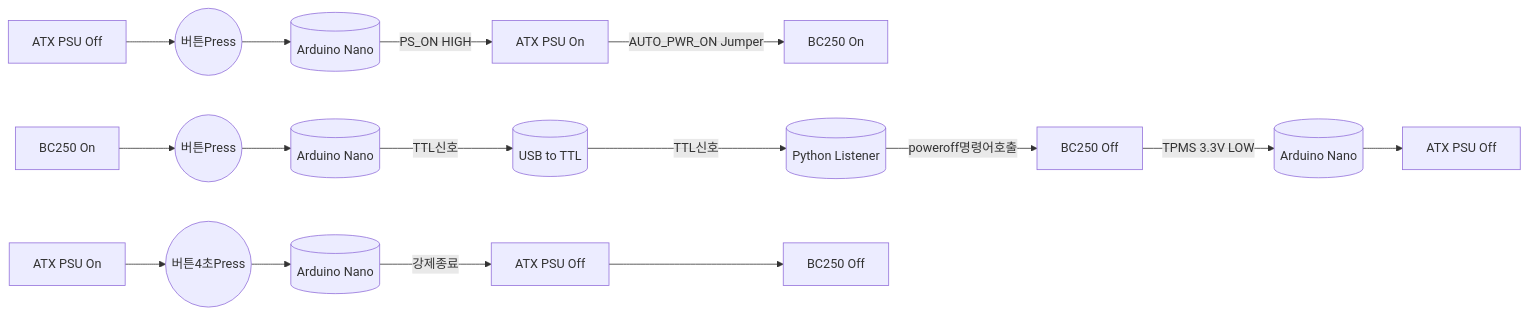
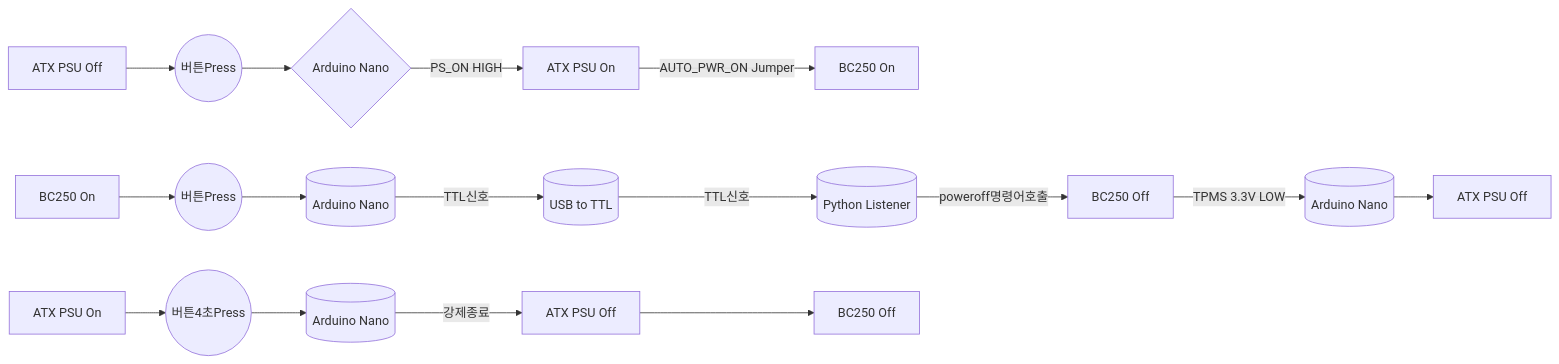
Before and after one commit to coolsolgit/BC250-ATX-PSU-Control: the diagram in README.md, drawn with Mermaid.

````diff
--- a/README.md
+++ b/README.md
@@ -23,18 +23,18 @@
 ```mermaid
 flowchart LR
 A1[ATX PSU Off] --> B1((버튼Press))
-  B1 --> C1[(Arduino Nano)]
+  B1 --> C1{Arduino Nano}
   C1 -->|PS_ON HIGH| D1[ATX PSU On]
   D1 -->|AUTO_PWR_ON Jumper| E1[BC250 On]
 A2[BC250 On] --> B2((버튼Press))
   B2 --> C2[(Arduino Nano)]
   C2 -->|TTL신호| D2[(USB to TTL)]
   D2 -->|TTL신호| E2[(Python Listener)]
   E2 -->|poweroff명령어호출| F2[BC250 Off]
   F2 -->|TPMS 3.3V LOW| G2[(Arduino Nano)]
   G2 --> H2[ATX PSU Off]
 A3[ATX PSU On] --> B3((버튼4초Press))
   B3 --> C3[(Arduino Nano)]
   C3 -->|강제종료| D3[ATX PSU Off]
   D3 --> E3[BC250 Off]
 ```
````
